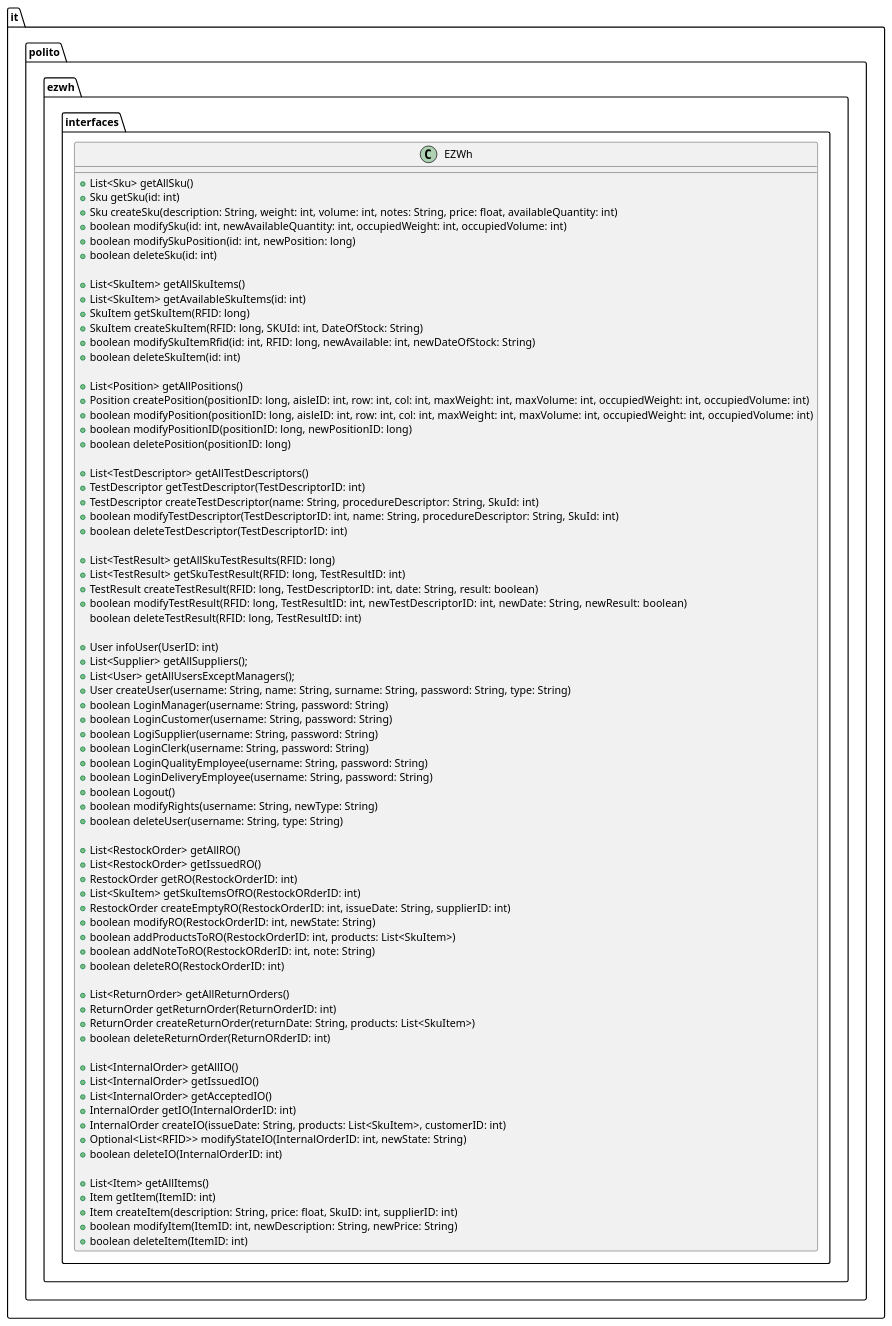
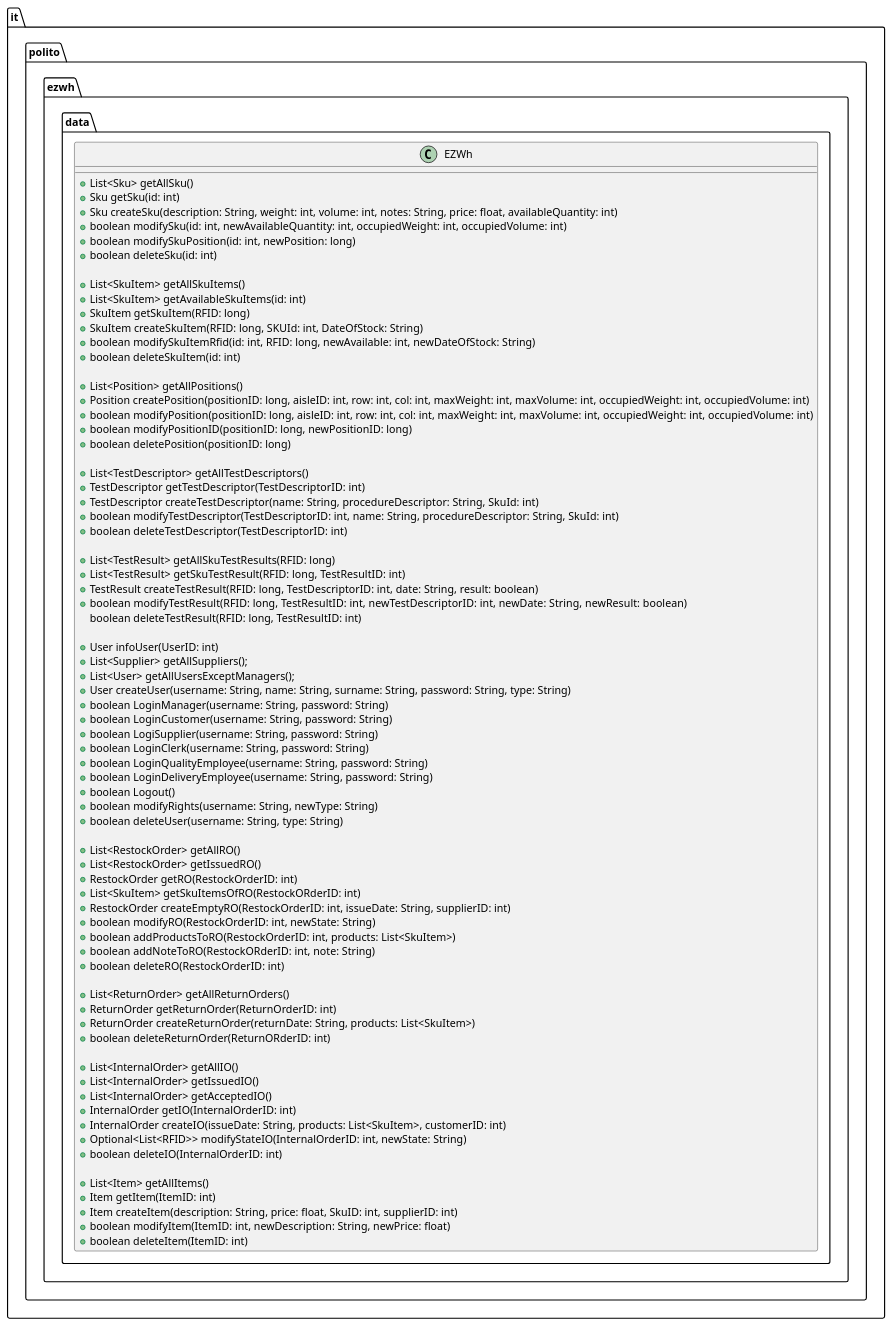
Before and after one commit to kevinmascitti/Warehouse-management-software: the fifth of 28 diagrams in DesignDocument.md, drawn with PlantUML. The commit also changed other lines of this file, not shown here.

Commit message:
sequence diagram 9.1

````diff
--- a/DesignDocument.md
+++ b/DesignDocument.md
@@ -126,7 +126,7 @@
 ```plantuml
 left to right direction
 
-package "it.polito.ezwh.interfaces" {
+package "it.polito.ezwh.data" {
 
 class EZWh {
 
@@ -187,24 +187,24 @@
     +boolean addNoteToRO(RestockORderID: int, note: String)
     +boolean deleteRO(RestockOrderID: int)
 
-		+List<ReturnOrder> getAllReturnOrders()
-		+ReturnOrder getReturnOrder(ReturnOrderID: int)
-		+ReturnOrder createReturnOrder(returnDate: String, products: List<SkuItem>)
-		+boolean deleteReturnOrder(ReturnORderID: int)
+	+List<ReturnOrder> getAllReturnOrders()
+	+ReturnOrder getReturnOrder(ReturnOrderID: int)
+	+ReturnOrder createReturnOrder(returnDate: String, products: List<SkuItem>)
+	+boolean deleteReturnOrder(ReturnORderID: int)
 		
-		+List<InternalOrder> getAllIO()
-		+List<InternalOrder> getIssuedIO()
-		+List<InternalOrder> getAcceptedIO()
-		+InternalOrder getIO(InternalOrderID: int)
-		+InternalOrder createIO(issueDate: String, products: List<SkuItem>, customerID: int)
-		+Optional<List<RFID>> modifyStateIO(InternalOrderID: int, newState: String)
-		+boolean deleteIO(InternalOrderID: int)
+	+List<InternalOrder> getAllIO()
+	+List<InternalOrder> getIssuedIO()
+	+List<InternalOrder> getAcceptedIO()
+	+InternalOrder getIO(InternalOrderID: int)
+	+InternalOrder createIO(issueDate: String, products: List<SkuItem>, customerID: int)
+	+Optional<List<RFID>> modifyStateIO(InternalOrderID: int, newState: String)
+	+boolean deleteIO(InternalOrderID: int)
 		
-		+List<Item> getAllItems()
-		+Item getItem(ItemID: int)
-		+Item createItem(description: String, price: float, SkuID: int, supplierID: int)
-		+boolean modifyItem(ItemID: int, newDescription: String, newPrice: String)
-		+boolean deleteItem(ItemID: int)
+	+List<Item> getAllItems()
+	+Item getItem(ItemID: int)
+	+Item createItem(description: String, price: float, SkuID: int, supplierID: int)
+	+boolean modifyItem(ItemID: int, newDescription: String, newPrice: float)
+	+boolean deleteItem(ItemID: int)
 
 }
 
````
